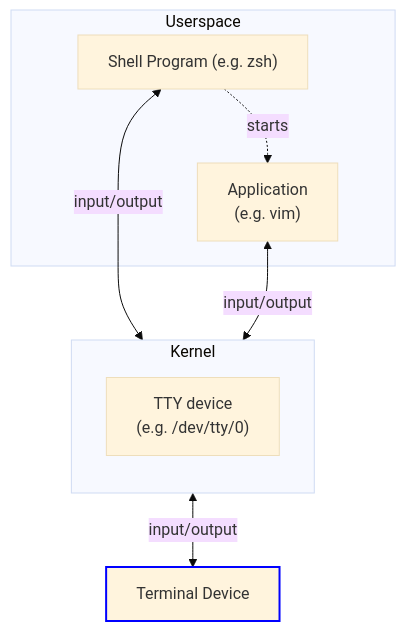
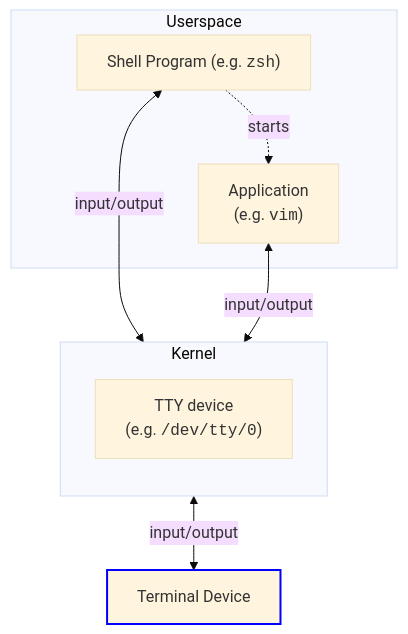
Before and after one commit to wezterm/wezterm: the second of 3 diagrams in docs/what-is-a-terminal.md, drawn with Mermaid (base theme). The commit also changed other lines of this file, not shown here.

Commit message:
chore: mermaid mistakes

````diff
--- a/docs/what-is-a-terminal.md
+++ b/docs/what-is-a-terminal.md
@@ -136,16 +137,16 @@
 ```mermaid
-flowchart 
+flowchart
     subgraph Kernel
         direction TB
-        TTY["TTY device\n(e.g. /dev/tty/0)"] 
+        TTY["TTY device<br>(e.g. <code>/dev/tty/0</code>)"]
     end
-    
+
     subgraph Userspace
-    SHELL["Shell Program (e.g. zsh)"] <-- input/output --> TTY
+    SHELL["Shell Program (e.g. <code>zsh</code>)"] <-- input/output --> TTY
     SHELL -. "starts" .-> APP
-    APP["Application\n(e.g. vim)"] <-- input/output --> TTY
+    APP["Application<br>(e.g. <code>vim</code>)"] <-- input/output --> TTY
 
     end
     TTY  <-- input/output -->  TE["Terminal Device"]:::td
     classDef td stroke:#00F,stroke-width:2px
 ```
````
